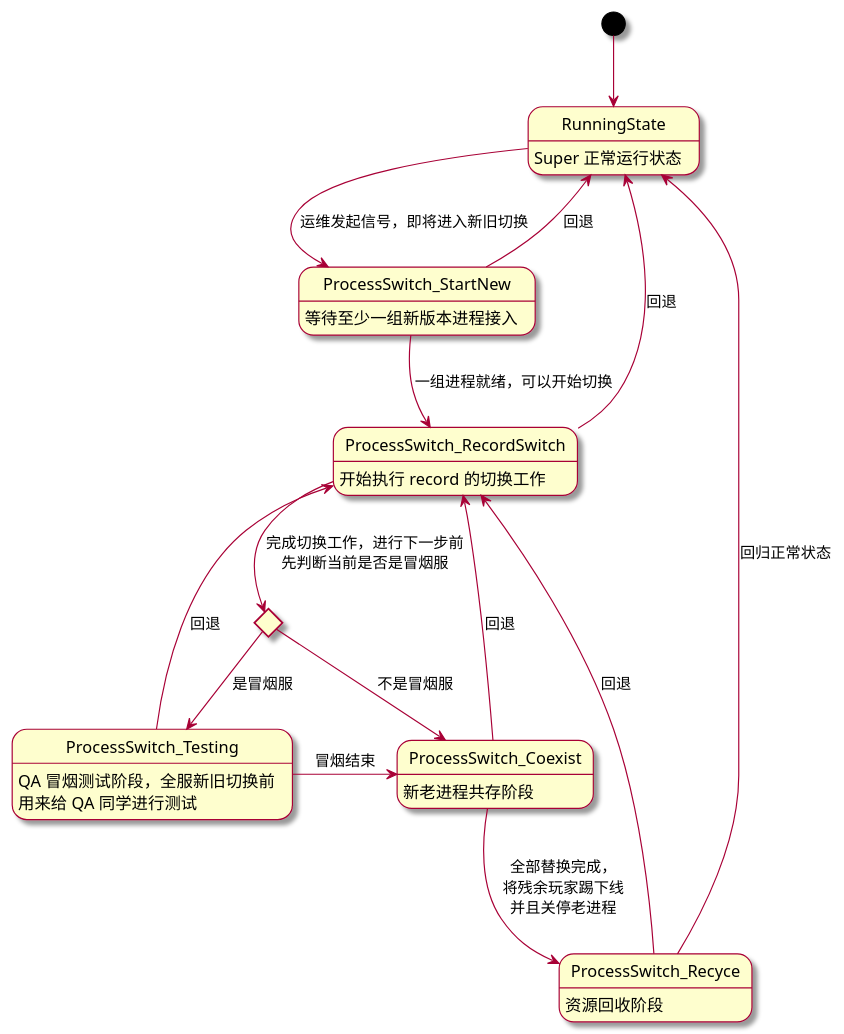
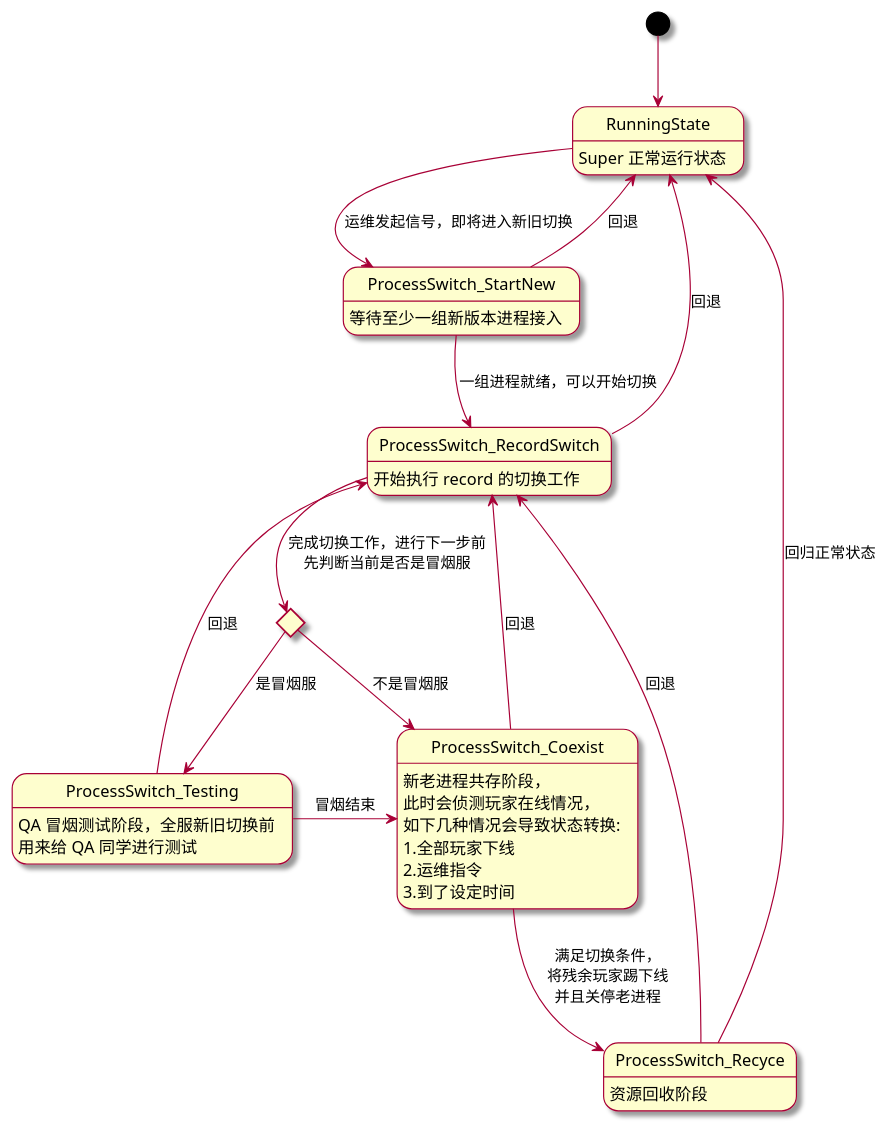
The diagram in src/hgame/不停服更新/super 状态图.puml (mingleeShade/MyPlantUML), drawn with PlantUML before and after one commit.

Commit message:
更新 状态图

```diff
--- a/src/hgame/不停服更新/super 状态图.puml
+++ b/src/hgame/不停服更新/super 状态图.puml
@@ -1,38 +1,38 @@
 @startuml
 ' 基础设置
 skin rose
 
 ' 状态定义
 state RunningState: Super 正常运行状态
 state ProcessSwitch_StartNew: 等待至少一组新版本进程接入
 state ProcessSwitch_RecordSwitch: 开始执行 record 的切换工作
 state choice <<choice>>
 state ProcessSwitch_Testing: QA 冒烟测试阶段，全服新旧切换前\n用来给 QA 同学进行测试
-state ProcessSwitch_Coexist: 新老进程共存阶段
+state ProcessSwitch_Coexist: 新老进程共存阶段，\n此时会侦测玩家在线情况，\n如下几种情况会导致状态转换:\n1.全部玩家下线\n2.运维指令\n3.到了设定时间
 state ProcessSwitch_Recyce: 资源回收阶段
 
 
 ' 状态流转
 [*] --> RunningState
 RunningState-->ProcessSwitch_StartNew: 运维发起信号，即将进入新旧切换
 RunningState <-- ProcessSwitch_StartNew: 回退
 
 ProcessSwitch_StartNew-->ProcessSwitch_RecordSwitch: 一组进程就绪，可以开始切换
 
 RunningState <--ProcessSwitch_RecordSwitch: 回退
 
 ProcessSwitch_RecordSwitch --> choice: 完成切换工作，进行下一步前\n先判断当前是否是冒烟服
 choice --> ProcessSwitch_Testing: 是冒烟服
 ProcessSwitch_RecordSwitch <-- ProcessSwitch_Testing: 回退
 
 choice --> ProcessSwitch_Coexist: 不是冒烟服
 ProcessSwitch_RecordSwitch <-- ProcessSwitch_Coexist: 回退
 
 ProcessSwitch_Testing -> ProcessSwitch_Coexist: 冒烟结束
 
-ProcessSwitch_Coexist --> ProcessSwitch_Recyce: 全部替换完成，\n将残余玩家踢下线\n并且关停老进程
+ProcessSwitch_Coexist --> ProcessSwitch_Recyce: 满足切换条件，\n将残余玩家踢下线\n并且关停老进程
 
 ProcessSwitch_Recyce -up-> RunningState: 回归正常状态
 ProcessSwitch_Recyce --> ProcessSwitch_RecordSwitch: 回退
 
 @enduml
```
